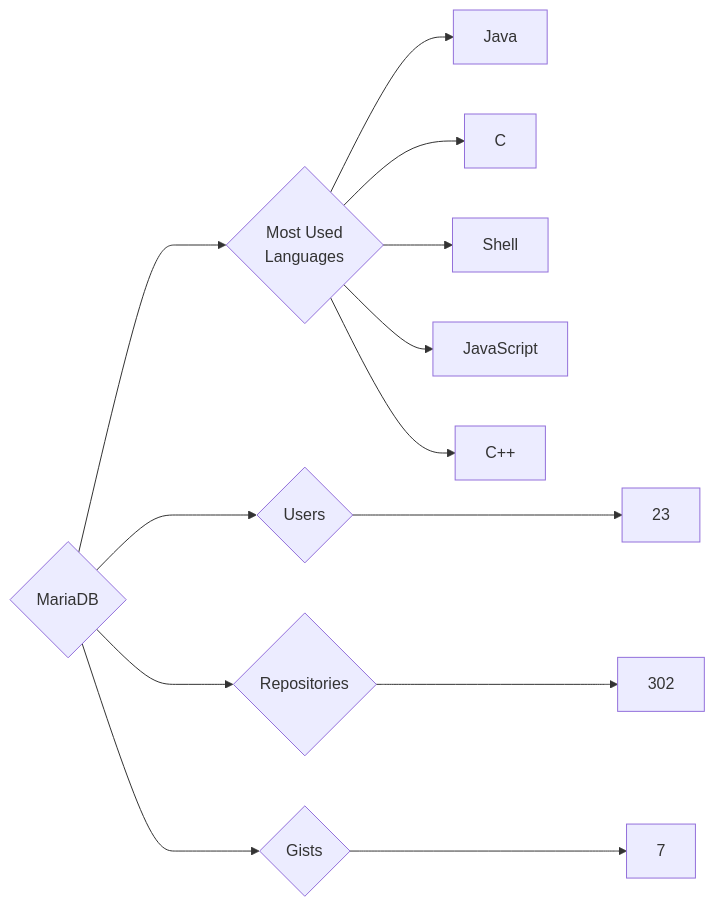
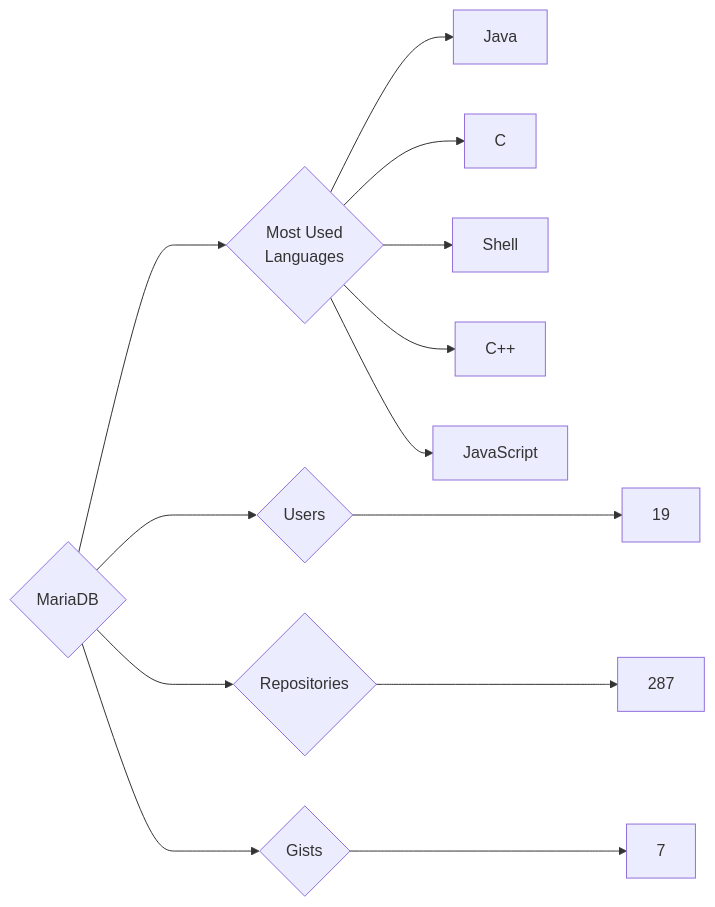
One commit to trickest/insiders changed the diagram in targets/MariaDB/README.md. Above: the diagram before and after it, drawn with Mermaid. The commit also changed 838 other files, not shown here.

````diff
--- a/targets/MariaDB/README.md
+++ b/targets/MariaDB/README.md
@@ -3,13 +3,13 @@
 ```mermaid
 graph LR
 COMPANY_NAME{MariaDB}
-COMPANY_NAME ---> U{Users} ---> UN[23]
-COMPANY_NAME ---> R{Repositories} ---> RN[302]
+COMPANY_NAME ---> U{Users} ---> UN[19]
+COMPANY_NAME ---> R{Repositories} ---> RN[287]
 COMPANY_NAME ---> G{Gists} ---> GN[7]
 COMPANY_NAME ---> ML{Most Used<br>Languages}
 ML --> Java[Java]
 ML --> C[C]
 ML --> Shell[Shell]
+ML --> C++[C++]
 ML --> JavaScript[JavaScript]
-ML --> C++[C++]
 ```
````
